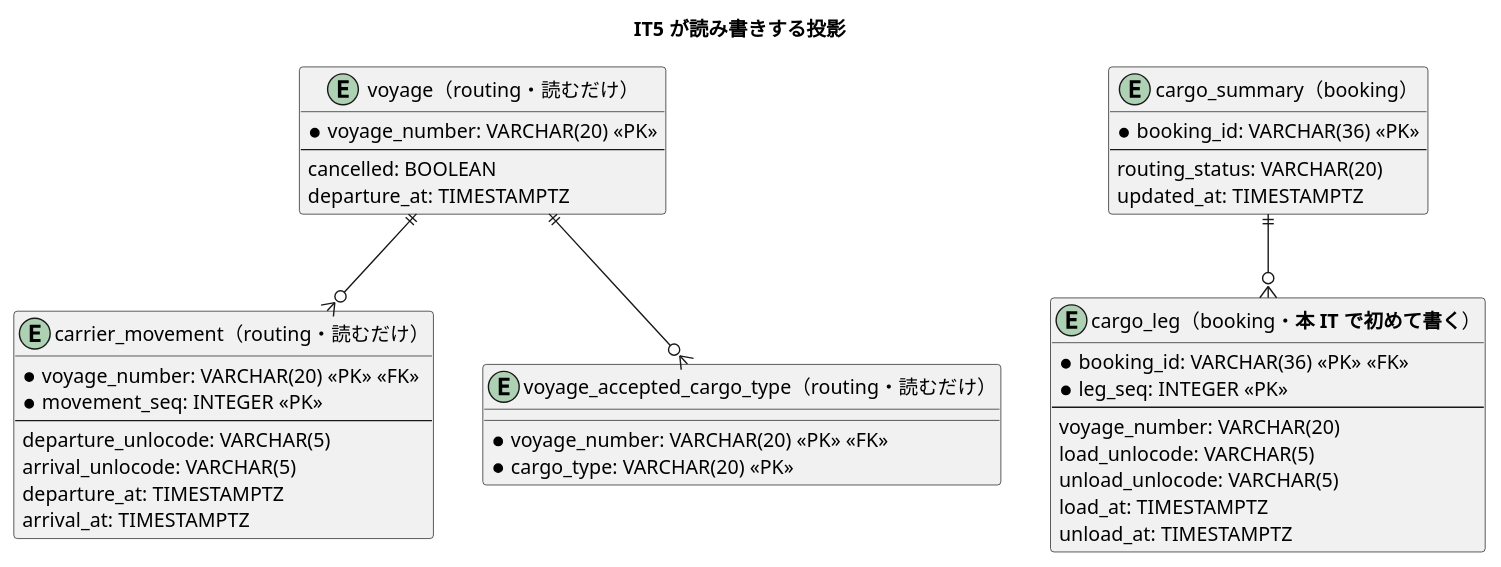
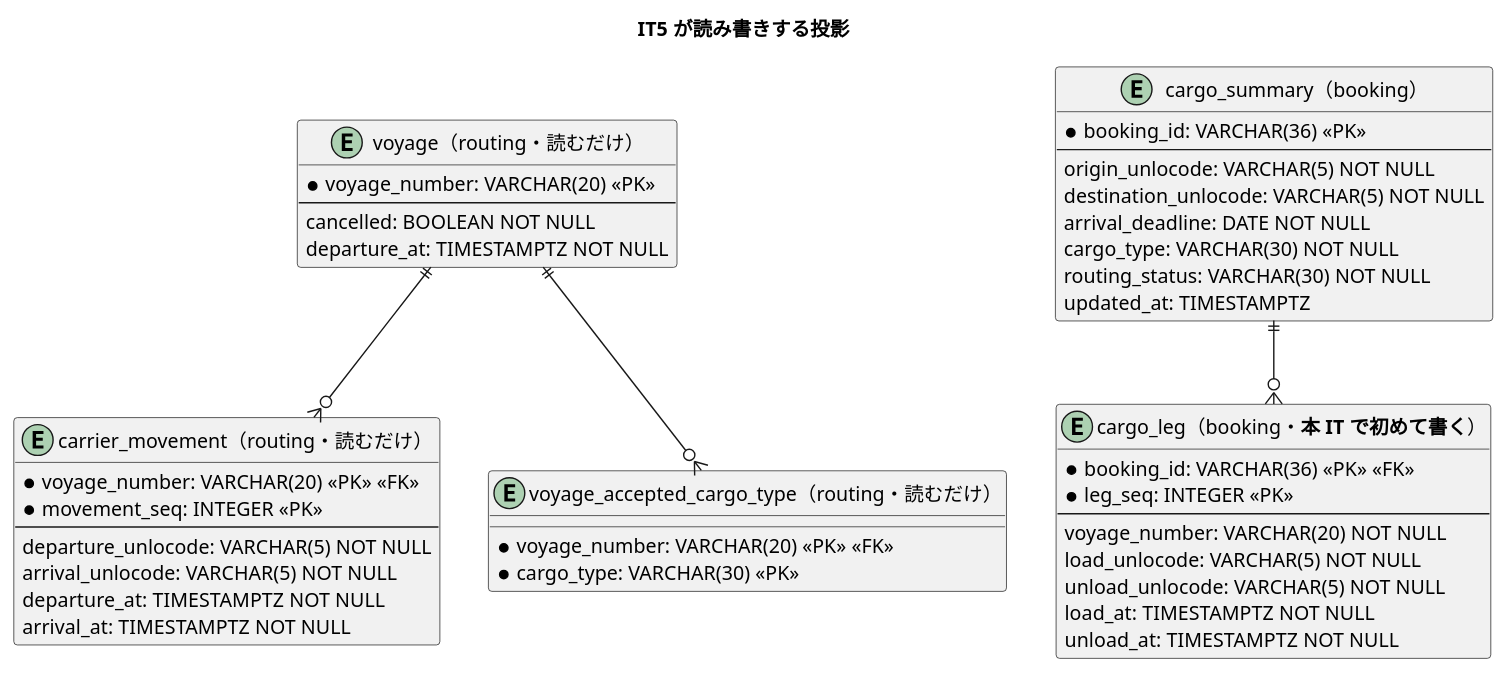
The fourth of 5 diagrams in docs/development/cargo-tracker/iteration_plan-5.md (k2works/case-study-cargo-tracker), drawn with PlantUML before and after one commit. The commit also changed other lines of this file and 9 other files, not shown here.

````diff
--- a/docs/development/cargo-tracker/iteration_plan-5.md
+++ b/docs/development/cargo-tracker/iteration_plan-5.md
@@ -201,45 +204,50 @@
 ```plantuml
 @startuml
 title IT5 が読み書きする投影
 
 entity "voyage（routing・読むだけ）" as v {
   * voyage_number: VARCHAR(20) <<PK>>
   --
-  cancelled: BOOLEAN
-  departure_at: TIMESTAMPTZ
+  cancelled: BOOLEAN NOT NULL
+  departure_at: TIMESTAMPTZ NOT NULL
 }
 entity "carrier_movement（routing・読むだけ）" as cm {
   * voyage_number: VARCHAR(20) <<PK>> <<FK>>
   * movement_seq: INTEGER <<PK>>
   --
-  departure_unlocode: VARCHAR(5)
-  arrival_unlocode: VARCHAR(5)
-  departure_at: TIMESTAMPTZ
-  arrival_at: TIMESTAMPTZ
+  departure_unlocode: VARCHAR(5) NOT NULL
+  arrival_unlocode: VARCHAR(5) NOT NULL
+  departure_at: TIMESTAMPTZ NOT NULL
+  arrival_at: TIMESTAMPTZ NOT NULL
 }
 entity "voyage_accepted_cargo_type（routing・読むだけ）" as vt {
   * voyage_number: VARCHAR(20) <<PK>> <<FK>>
-  * cargo_type: VARCHAR(20) <<PK>>
+  * cargo_type: VARCHAR(30) <<PK>>
 }
 entity "cargo_summary（booking）" as cs {
   * booking_id: VARCHAR(36) <<PK>>
   --
-  routing_status: VARCHAR(20)
+  ' 探索条件はここから組む（集約から読まない）
+  origin_unlocode: VARCHAR(5) NOT NULL
+  destination_unlocode: VARCHAR(5) NOT NULL
+  arrival_deadline: DATE NOT NULL
+  cargo_type: VARCHAR(30) NOT NULL
+  routing_status: VARCHAR(30) NOT NULL
   updated_at: TIMESTAMPTZ
 }
 entity "cargo_leg（booking・**本 IT で初めて書く**）" as cl {
   * booking_id: VARCHAR(36) <<PK>> <<FK>>
   * leg_seq: INTEGER <<PK>>
   --
-  voyage_number: VARCHAR(20)
-  load_unlocode: VARCHAR(5)
-  unload_unlocode: VARCHAR(5)
-  load_at: TIMESTAMPTZ
-  unload_at: TIMESTAMPTZ
+  voyage_number: VARCHAR(20) NOT NULL
+  load_unlocode: VARCHAR(5) NOT NULL
+  unload_unlocode: VARCHAR(5) NOT NULL
+  load_at: TIMESTAMPTZ NOT NULL
+  unload_at: TIMESTAMPTZ NOT NULL
 }
 
 v ||--o{ cm
 v ||--o{ vt
 cs ||--o{ cl
 @enduml
 ```
````
